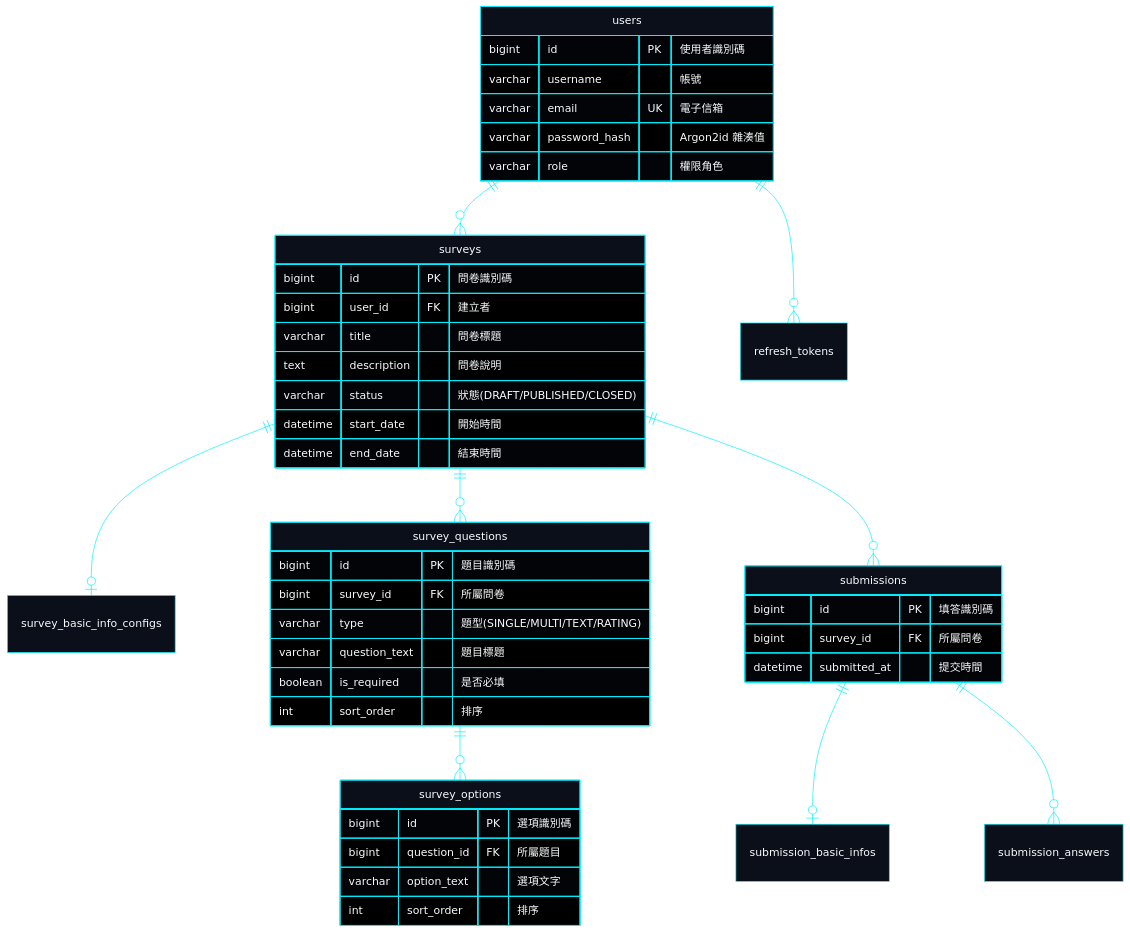
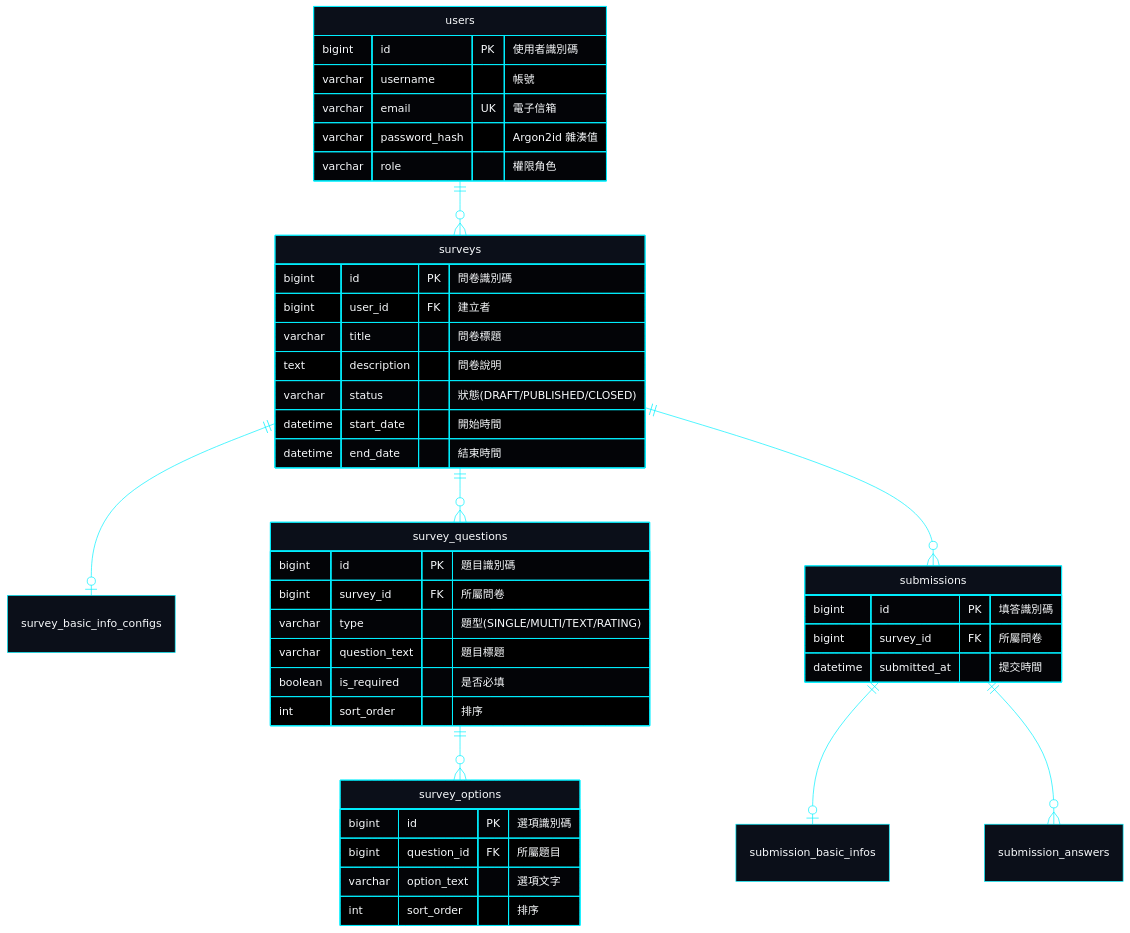
Before and after one commit to EricXJason/survey-flow: the second of 2 diagrams in README.md, drawn with Mermaid. The commit also changed 146 other files, not shown here.

````diff
--- a/README.md
+++ b/README.md
@@ -55,52 +55,51 @@
 ```mermaid
 %%{init: {'theme': 'base', 'themeVariables': { 'darkMode': true, 'background': '#030712', 'primaryColor': '#0b0f19', 'primaryTextColor': '#f8fafc', 'primaryBorderColor': '#00f0ff', 'lineColor': '#00f0ff', 'attributeBackgroundColorOdd': '#060a14', 'attributeBackgroundColorEven': '#0b0f19' }, 'themeCSS': 'rect, .node rect { rx: 0px !important; ry: 0px !important; } .er.relationshipLabelBox { fill: none !important; stroke: none !important; display: none !important; }' }}%%
 erDiagram
     users ||--o{ surveys : " "
-    users ||--o{ refresh_tokens : " "
     surveys ||--o| survey_basic_info_configs : " "
     surveys ||--o{ survey_questions : " "
     surveys ||--o{ submissions : " "
     survey_questions ||--o{ survey_options : " "
     submissions ||--o| submission_basic_infos : " "
     submissions ||--o{ submission_answers : " "
 
     users {
         bigint id PK "使用者識別碼"
         varchar username "帳號"
         varchar email UK "電子信箱"
         varchar password_hash "Argon2id 雜湊值"
         varchar role "權限角色"
     }
 
     surveys {
         bigint id PK "問卷識別碼"
         bigint user_id FK "建立者"
         varchar title "問卷標題"
         text description "問卷說明"
         varchar status "狀態(DRAFT/PUBLISHED/CLOSED)"
         datetime start_date "開始時間"
         datetime end_date "結束時間"
     }
 
     survey_questions {
         bigint id PK "題目識別碼"
         bigint survey_id FK "所屬問卷"
         varchar type "題型(SINGLE/MULTI/TEXT/RATING)"
         varchar question_text "題目標題"
         boolean is_required "是否必填"
         int sort_order "排序"
     }
 
     survey_options {
         bigint id PK "選項識別碼"
         bigint question_id FK "所屬題目"
         varchar option_text "選項文字"
         int sort_order "排序"
     }
 
     submissions {
         bigint id PK "填答識別碼"
         bigint survey_id FK "所屬問卷"
         datetime submitted_at "提交時間"
     }
 ```
````
